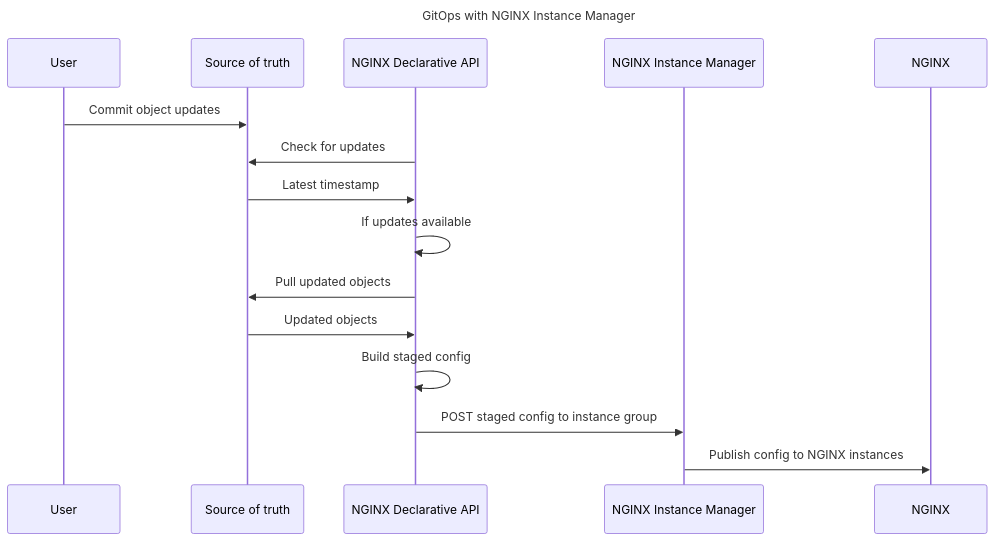
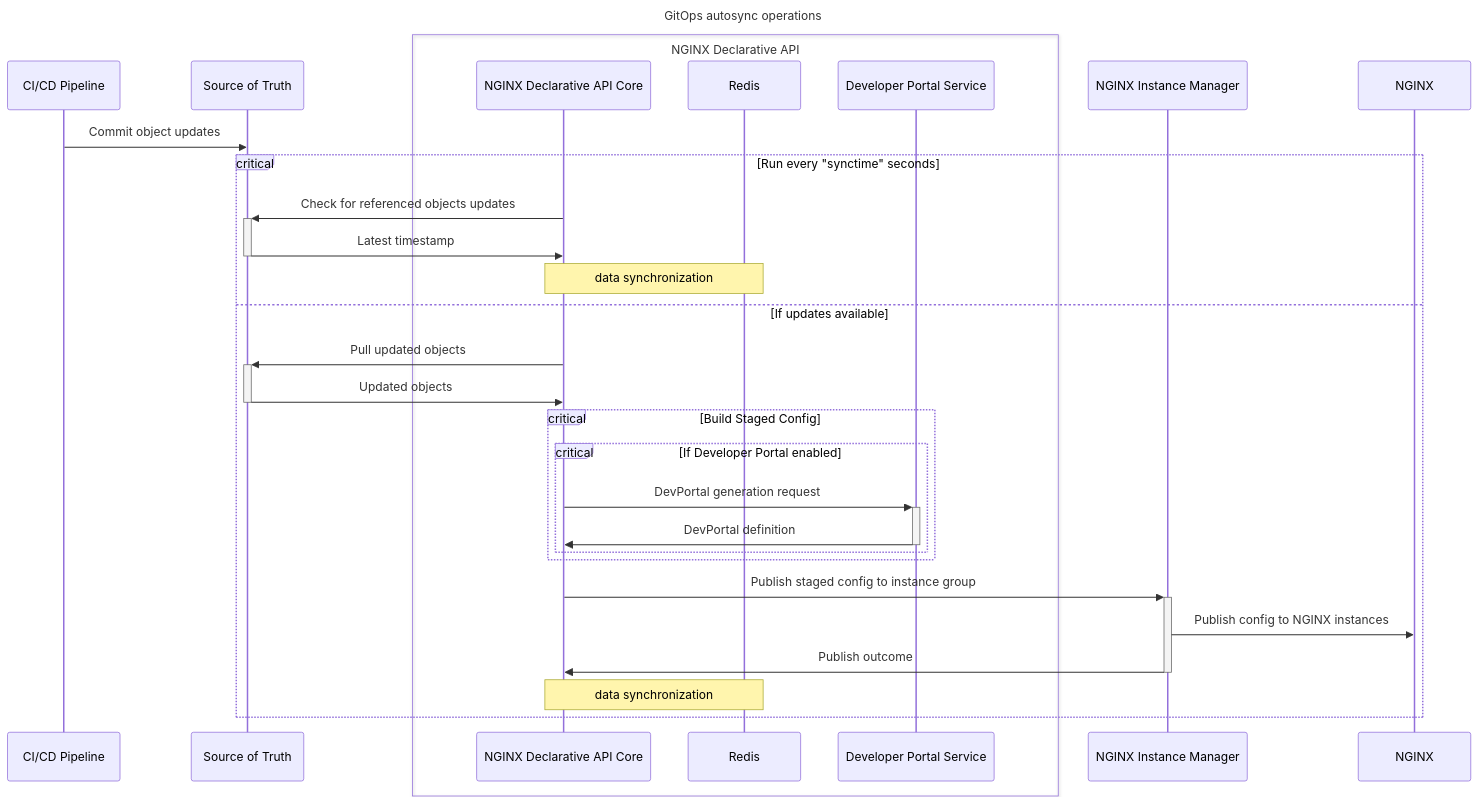
The second of 2 diagrams in README.md (f5devcentral/NGINX-Declarative-API), drawn with Mermaid before and after one commit. The commit also changed other lines of this file and 1 other file, not shown here.

````diff
--- a/README.md
+++ b/README.md
@@ -47,18 +75,47 @@
 ```mermaid
 sequenceDiagram
 
-title GitOps with NGINX Instance Manager
+title GitOps autosync operations
 
-User ->> Source of truth: Commit object updates
-NGINX Declarative API ->> Source of truth: Check for updates
-Source of truth ->> NGINX Declarative API: Latest timestamp
+participant CI/CD Pipeline
+participant Source of Truth
+participant NGINX Declarative API Core
+participant Redis
+participant Developer Portal Service
+participant NGINX Instance Manager
+participant NGINX
 
-NGINX Declarative API->> NGINX Declarative API: If updates available
-NGINX Declarative API->> Source of truth: Pull updated objects
-Source of truth ->> NGINX Declarative API : Updated objects
+box NGINX Declarative API
+    participant NGINX Declarative API Core
+    participant Developer Portal Service
+    participant Redis
+end
 
-NGINX Declarative API->> NGINX Declarative API: Build staged config
-NGINX Declarative API->> NGINX Instance Manager: POST staged config to instance group
+CI/CD Pipeline ->> Source of Truth: Commit object updates
 
+critical Run every "synctime" seconds
+
+NGINX Declarative API Core ->>+ Source of Truth: Check for referenced objects updates
+Source of Truth ->>- NGINX Declarative API Core: Latest timestamp
+
+Note over NGINX Declarative API Core, Redis: data synchronization
+
+option If updates available
+NGINX Declarative API Core ->>+ Source of Truth: Pull updated objects
+Source of Truth ->>- NGINX Declarative API Core : Updated objects
+
+critical Build Staged Config
+critical If Developer Portal enabled
+    NGINX Declarative API Core ->>+ Developer Portal Service: DevPortal generation request
+    Developer Portal Service ->>- NGINX Declarative API Core: DevPortal definition
+end
+end
+
+NGINX Declarative API Core ->>+ NGINX Instance Manager: Publish staged config to instance group
 NGINX Instance Manager ->> NGINX: Publish config to NGINX instances
+NGINX Instance Manager ->>- NGINX Declarative API Core: Publish outcome
+
+Note over NGINX Declarative API Core, Redis: data synchronization
+
+end
 ```
````
